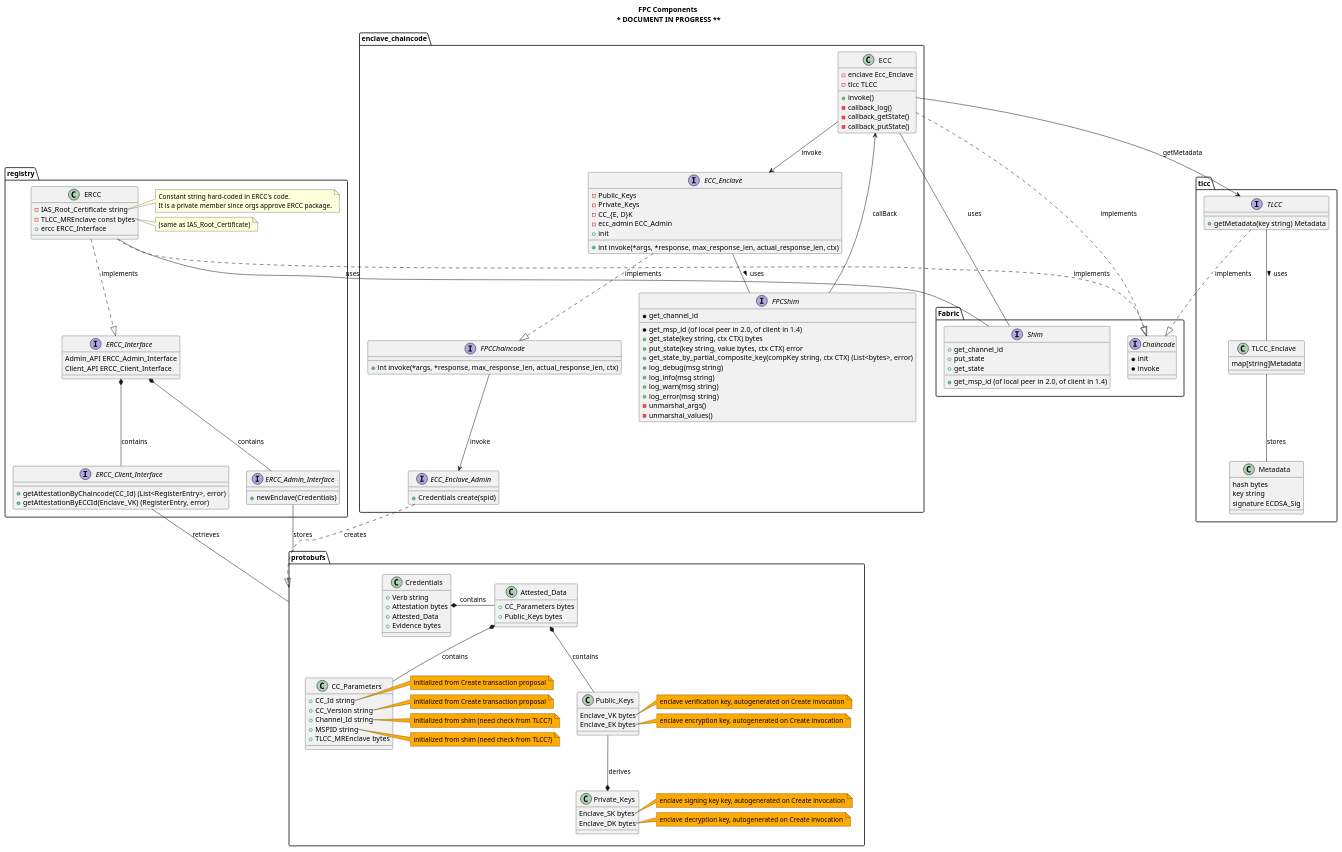
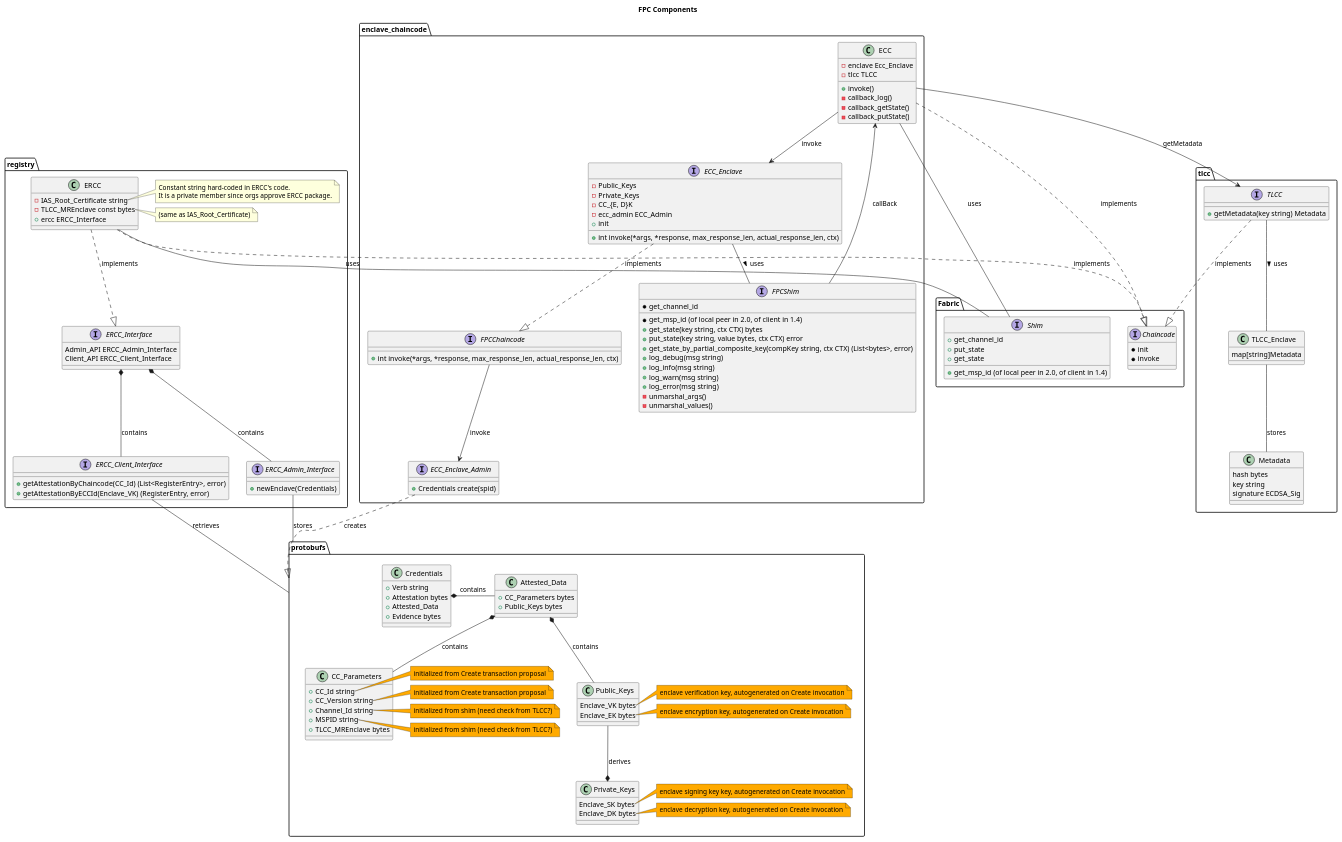
Before and after one commit to hyperledger/fabric-private-chaincode: the diagram in docs/design/fabric-v2+/fpc-components.puml, drawn with PlantUML.

Commit message:
remove disclaimer

```diff
--- a/docs/design/fabric-v2+/fpc-components.puml
+++ b/docs/design/fabric-v2+/fpc-components.puml
@@ -8,6 +8,6 @@
 @startuml
 
-title FPC Components\n ***** DOCUMENT IN PROGRESS ******
+title FPC Components
 
 top to bottom direction
 
```
